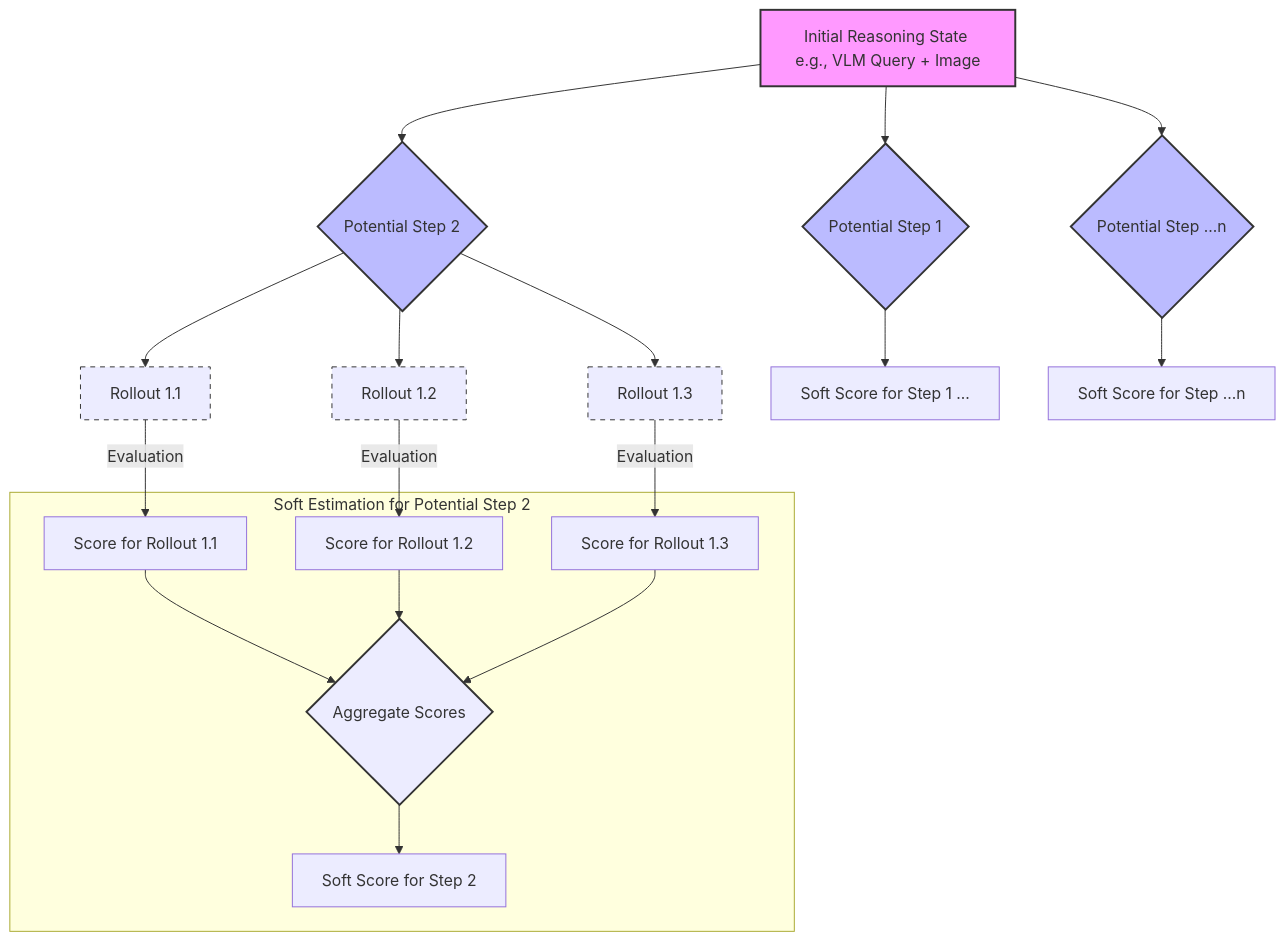
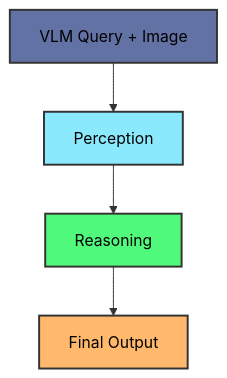
Before and after one commit to theogbrand/slidev: the first of 2 diagrams in demo/test-slides/slides.md, drawn with Mermaid. The commit also changed other lines of this file, not shown here.

````diff
--- a/demo/test-slides/slides.md
+++ b/demo/test-slides/slides.md
@@ -188,34 +167,11 @@
 ```mermaid
 graph TD
-    A[Initial Reasoning State e.g., VLM Query + Image]
-    A --> B1{Potential Step 1}
-    A --> B2{Potential Step 2}
-    A --> B3{Potential Step ...n}
-
-    B2 --> C1[Rollout 1.1]
-    B2 --> C2[Rollout 1.2]
-    B2 --> C3[Rollout 1.3]
-
-    C1 -- Evaluation --> S1[Score for Rollout 1.1]
-    C2 -- Evaluation --> S2[Score for Rollout 1.2]
-    C3 -- Evaluation --> S3[Score for Rollout 1.3]
-
-    subgraph "Soft Estimation for Potential Step 2"
-        S1 --> SE2{Aggregate Scores}
-        S2 --> SE2
-        S3 --> SE2
-        SE2 --> FinalScore2[Soft Score for Step 2]
-    end
-
-    B1 --> SB1[Soft Score for Step 1 ...]
-    B3 --> SB3[Soft Score for Step ...n]
-
-    style A fill:#f9f,stroke:#333,stroke-width:2px
-    style B1 fill:#bbf,stroke:#333,stroke-width:2px
-    style B2 fill:#bbf,stroke:#333,stroke-width:2px
-    style B3 fill:#bbf,stroke:#333,stroke-width:2px
-    style C1 fill:#lightgreen,stroke:#333,stroke-width:1px,stroke-dasharray: 5 5
-    style C2 fill:#lightgreen,stroke:#333,stroke-width:1px,stroke-dasharray: 5 5
-    style C3 fill:#lightgreen,stroke:#333,stroke-width:1px,stroke-dasharray: 5 5
-    style SE2 fill:#orange,stroke:#333,stroke-width:2px
+    A[VLM Query + Image] --> P[Perception]
+    P --> R[Reasoning]
+    R --> F[Final Output]
+    
+    style A fill:#6272a4,stroke:#333,stroke-width:2px,color:black
+    style P fill:#8be9fd,stroke:#333,stroke-width:2px,color:black
+    style R fill:#50fa7b,stroke:#333,stroke-width:2px,color:black
+    style F fill:#ffb86c,stroke:#333,stroke-width:2px,color:black
 ```
````
